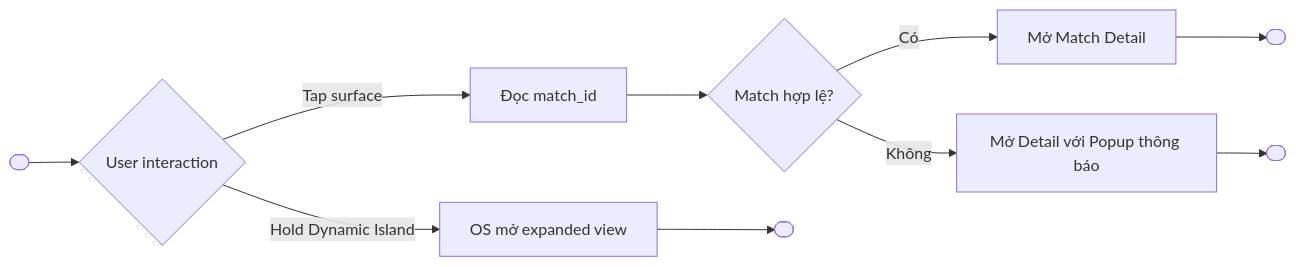
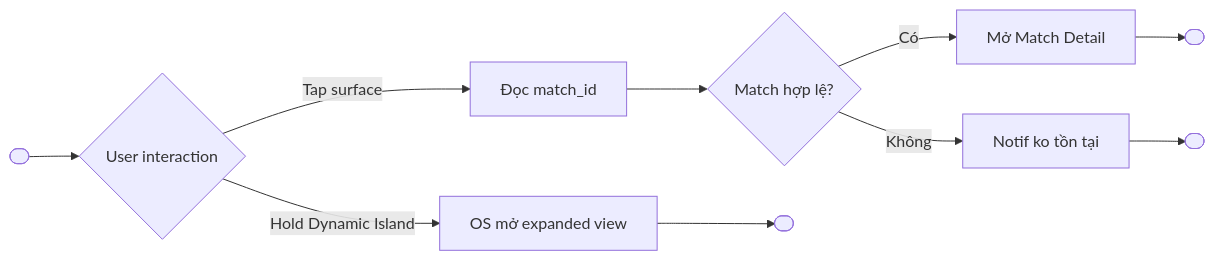
One commit to duongdang1136/FPTPLay changed the sixth of 6 diagrams in features/final-docs/Sport-Zone/Live-Activity/product/Live-Activity-Change-Draft.md. Above: the diagram before and after it, drawn with Mermaid.

````diff
--- a/features/final-docs/Sport-Zone/Live-Activity/product/Live-Activity-Change-Draft.md
+++ b/features/final-docs/Sport-Zone/Live-Activity/product/Live-Activity-Change-Draft.md
@@ -504,12 +504,12 @@
 ```mermaid
 flowchart LR
  Start([" "]) --> A{"User interaction"}
  A -- "Hold Dynamic Island" --> B["OS mở expanded view"]
  A -- "Tap surface" --> C["Đọc match_id"]
  C --> D{"Match hợp lệ?"}
  D -- "Có" --> E["Mở Match Detail"]
- D -- "Không" --> F["Mở Detail với Popup thông báo"]
+ D -- "Không" --> F["Notif ko tồn tại"]
  B --> End1([" "])
  E --> End2([" "])
  F --> End3([" "])
 ```
````
